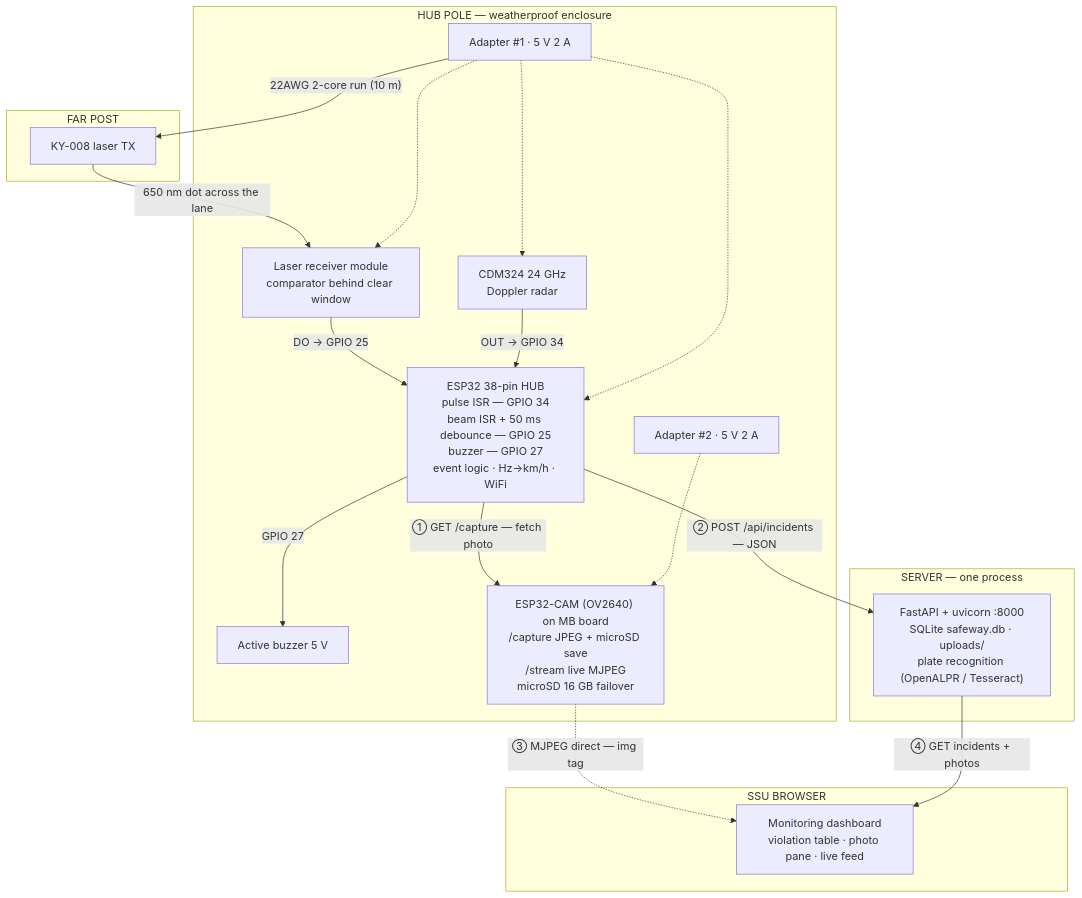
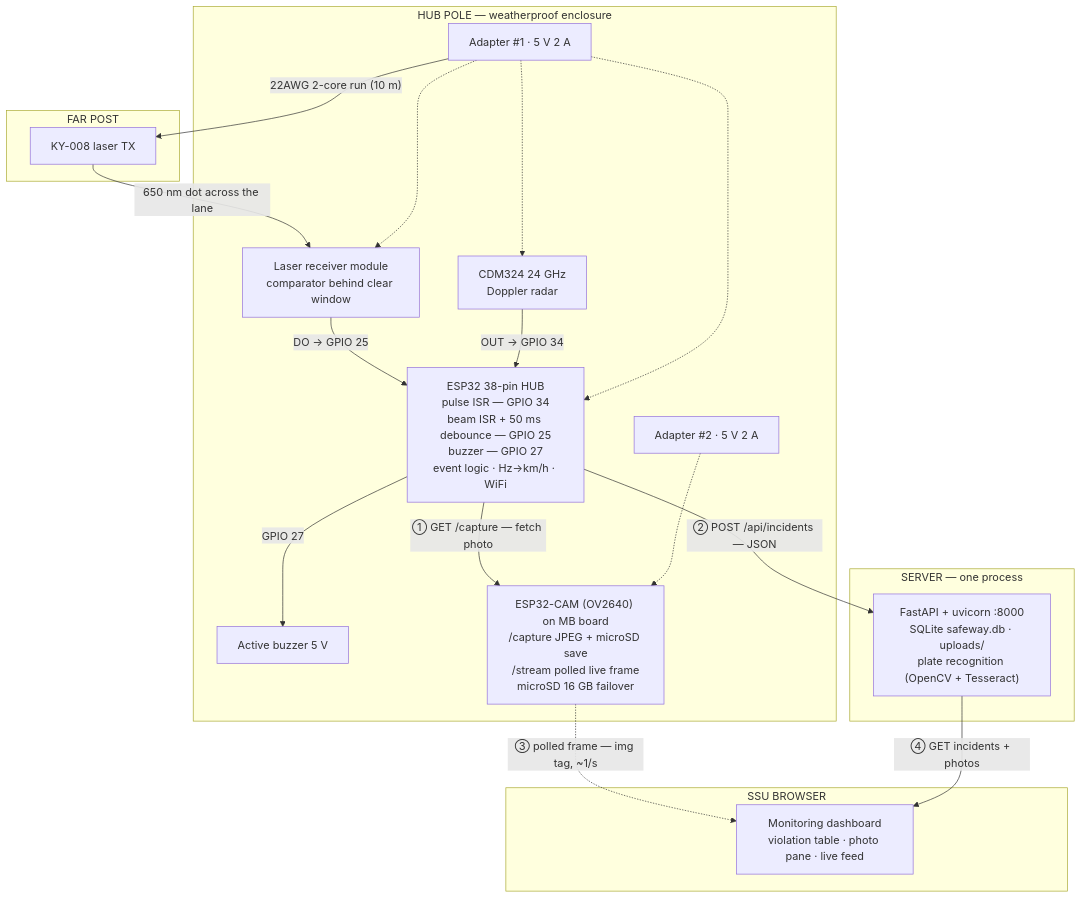
The first of 2 diagrams in docs/BLOCK-DIAGRAM.md (qppd/safeway), drawn with Mermaid before and after one commit. The commit also changed 11 other files, not shown here.

````diff
--- a/docs/BLOCK-DIAGRAM.md
+++ b/docs/BLOCK-DIAGRAM.md
@@ -9,38 +9,38 @@
 ```mermaid
 flowchart TB
     subgraph FAR["FAR POST"]
         TX["KY-008 laser TX"]
     end
 
     subgraph POLE["HUB POLE — weatherproof enclosure"]
         RX["Laser receiver module<br/>comparator behind clear window"]
         RADAR["CDM324 24 GHz<br/>Doppler radar"]
         BUZZ["Active buzzer 5 V"]
         HUB["ESP32 38-pin HUB<br/>pulse ISR — GPIO 34<br/>beam ISR + 50 ms debounce — GPIO 25<br/>buzzer — GPIO 27<br/>event logic · Hz→km/h · WiFi"]
-        CAM["ESP32-CAM (OV2640) on MB board<br/>/capture JPEG + microSD save<br/>/stream live MJPEG<br/>microSD 16 GB failover"]
+        CAM["ESP32-CAM (OV2640) on MB board<br/>/capture JPEG + microSD save<br/>/stream polled live frame<br/>microSD 16 GB failover"]
         P1["Adapter #1 · 5 V 2 A"]
         P2["Adapter #2 · 5 V 2 A"]
     end
 
     subgraph SRV["SERVER — one process"]
-        API["FastAPI + uvicorn :8000<br/>SQLite safeway.db · uploads/<br/>plate recognition (OpenALPR / Tesseract)"]
+        API["FastAPI + uvicorn :8000<br/>SQLite safeway.db · uploads/<br/>plate recognition (OpenCV + Tesseract)"]
     end
 
     subgraph SSU["SSU BROWSER"]
         DASH["Monitoring dashboard<br/>violation table · photo pane · live feed"]
     end
 
     TX -- "650 nm dot across the lane" --> RX
     RX -- "DO → GPIO 25" --> HUB
     RADAR -- "OUT → GPIO 34" --> HUB
     HUB -- "GPIO 27" --> BUZZ
     HUB -- "① GET /capture — fetch photo" --> CAM
     HUB -- "② POST /api/incidents — JSON" --> API
-    CAM -. "③ MJPEG direct — img tag" .-> DASH
+    CAM -. "③ polled frame — img tag, ~1/s" .-> DASH
     API -- "④ GET incidents + photos" --> DASH
     P1 -.-> HUB
     P1 -.-> RADAR
     P1 -.-> RX
     P1 -- "22AWG 2-core run (10 m)" --> TX
     P2 -.-> CAM
 ```
````
